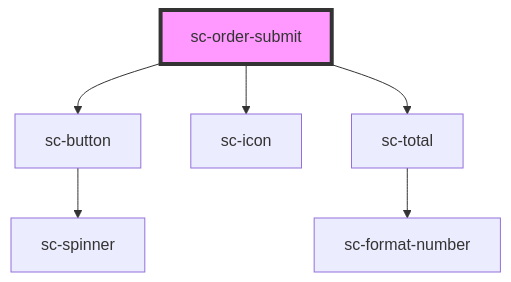
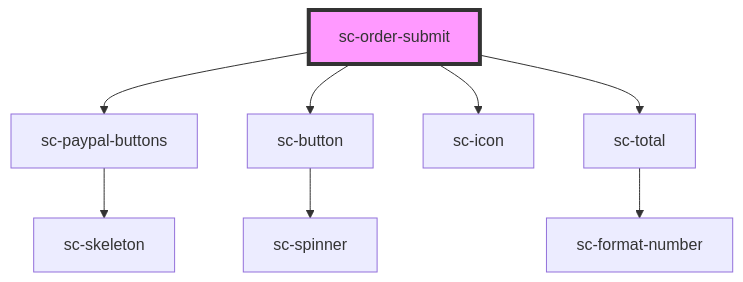
One commit to surecart/surecart-wp-plugin changed the diagram in packages/components/src/components/controllers/checkout-form/order-submit/readme.md. Above: the diagram before and after it, drawn with Mermaid. The commit also changed other lines of this file and 33 other files, not shown here.

````diff
--- a/packages/components/src/components/controllers/checkout-form/order-submit/readme.md
+++ b/packages/components/src/components/controllers/checkout-form/order-submit/readme.md
@@ -31,9 +37,11 @@
 ```mermaid
 graph TD;
+  sc-order-submit --> sc-paypal-buttons
   sc-order-submit --> sc-button
   sc-order-submit --> sc-icon
   sc-order-submit --> sc-total
+  sc-paypal-buttons --> sc-skeleton
   sc-button --> sc-spinner
   sc-total --> sc-format-number
   style sc-order-submit fill:#f9f,stroke:#333,stroke-width:4px
 ```
````
